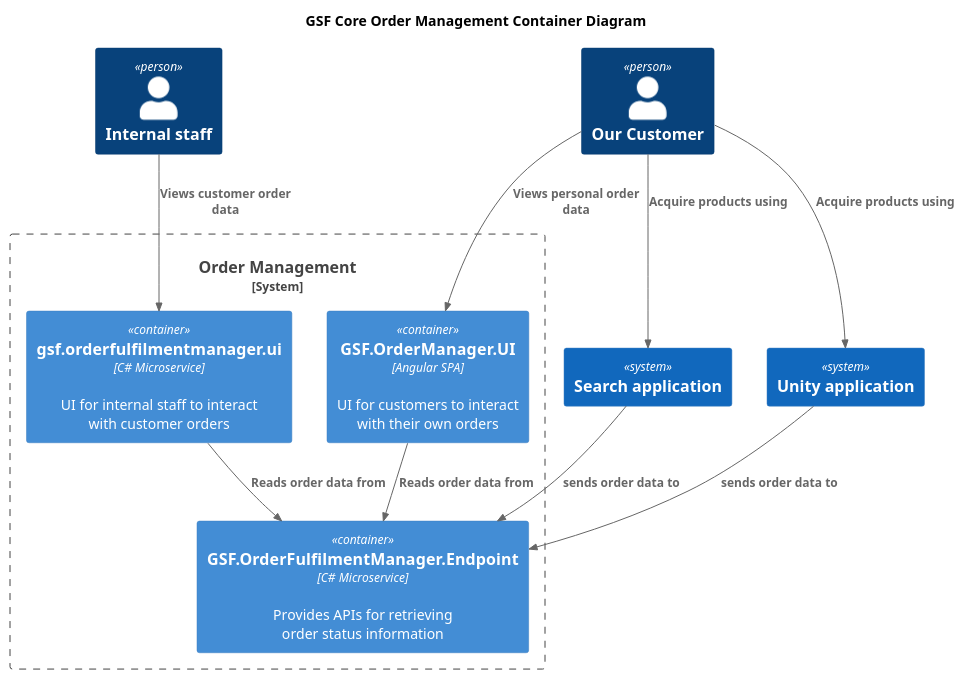
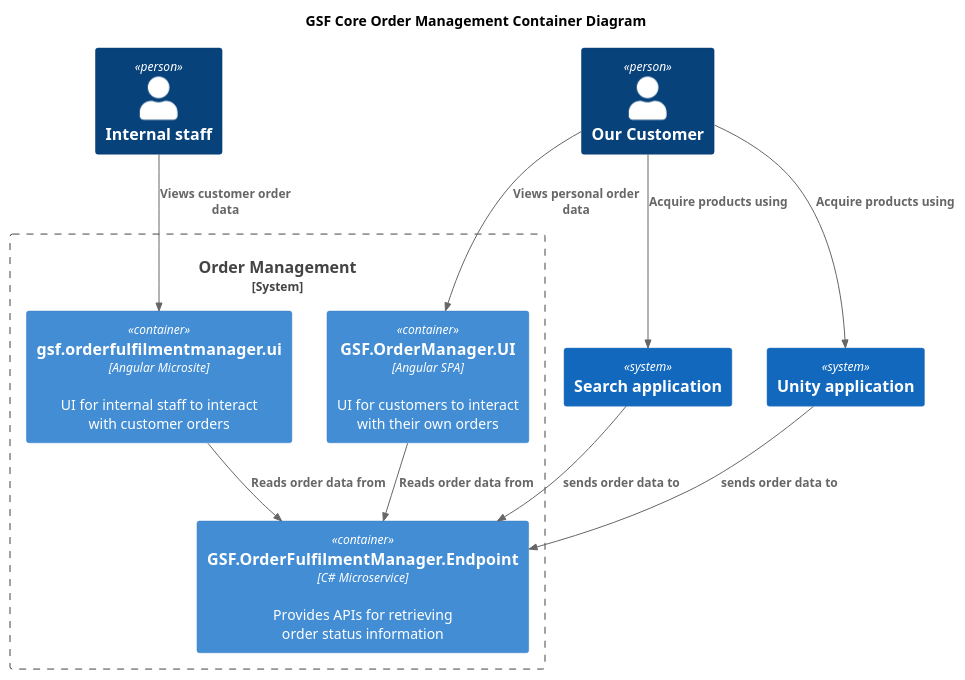
The first of 6 diagrams in content/en/docs/GSF Core Services/2 Features/Order Management.md (dyedurham/gsf-docsy), drawn with PlantUML before and after one commit.

Commit message:
fix: change ofm ui from c# to angula

````diff
--- a/content/en/docs/GSF Core Services/2 Features/Order Management.md
+++ b/content/en/docs/GSF Core Services/2 Features/Order Management.md
@@ -18,32 +18,32 @@
 ```plantuml
 @startuml gsf_core_auth
 !include https://raw.githubusercontent.com/plantuml-stdlib/C4-PlantUML/master/C4_Container.puml
 !include https://raw.githubusercontent.com/plantuml-stdlib/C4-PlantUML/master/C4_Component.puml
 
 title GSF Core Order Management Container Diagram
 
 Person(person_user, "Our Customer")
 Person(person_internal_user, "Internal staff")
 System(search_app, "Search application")
 System(unity_app, "Unity application")
 
 
 System_Boundary(c1, "Order Management"){
     Container(GSF_OrderFulfilmentManager_Endpoint, "GSF.OrderFulfilmentManager.Endpoint", "C# Microservice", "Provides APIs for retrieving order status information")
-    Container(gsf_orderfulfilmentmanager_ui, "gsf.orderfulfilmentmanager.ui", "C# Microservice", "UI for internal staff to interact with customer orders")
+    Container(gsf_orderfulfilmentmanager_ui, "gsf.orderfulfilmentmanager.ui", "Angular Microsite", "UI for internal staff to interact with customer orders")
     Container(GSF_OrderManager_UI, "GSF.OrderManager.UI", "Angular SPA", "UI for customers to interact with their own orders")
 }
 
 Rel(person_user, GSF_OrderManager_UI, "Views personal order data", "")
 Rel(person_internal_user, gsf_orderfulfilmentmanager_ui, "Views customer order data", "")
 Rel(GSF_OrderManager_UI, GSF_OrderFulfilmentManager_Endpoint, "Reads order data from", "")
 Rel(gsf_orderfulfilmentmanager_ui, GSF_OrderFulfilmentManager_Endpoint, "Reads order data from", "")
 
 Rel(person_user, search_app, "Acquire products using", "")
 Rel(person_user, unity_app, "Acquire products using", "")
 Rel(search_app, GSF_OrderFulfilmentManager_Endpoint, "sends order data to", "")
 Rel(unity_app, GSF_OrderFulfilmentManager_Endpoint, "sends order data to", "")
 
 
 @enduml
 ```
````
